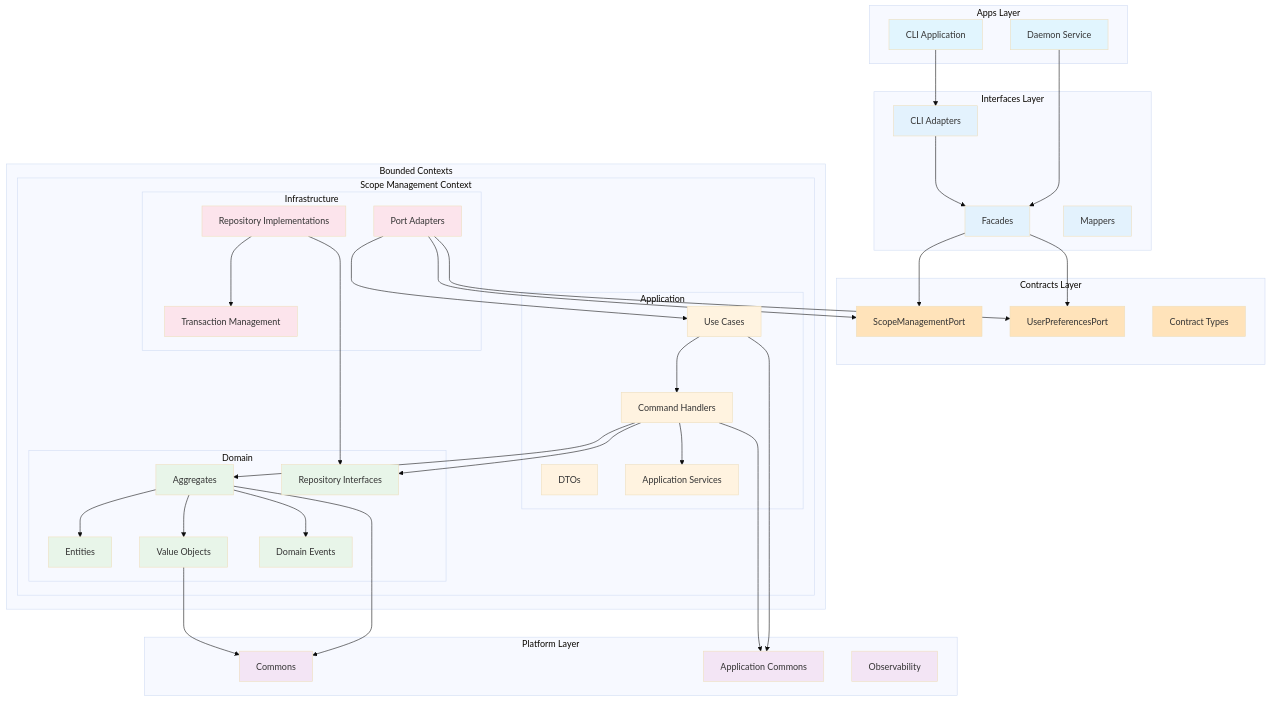
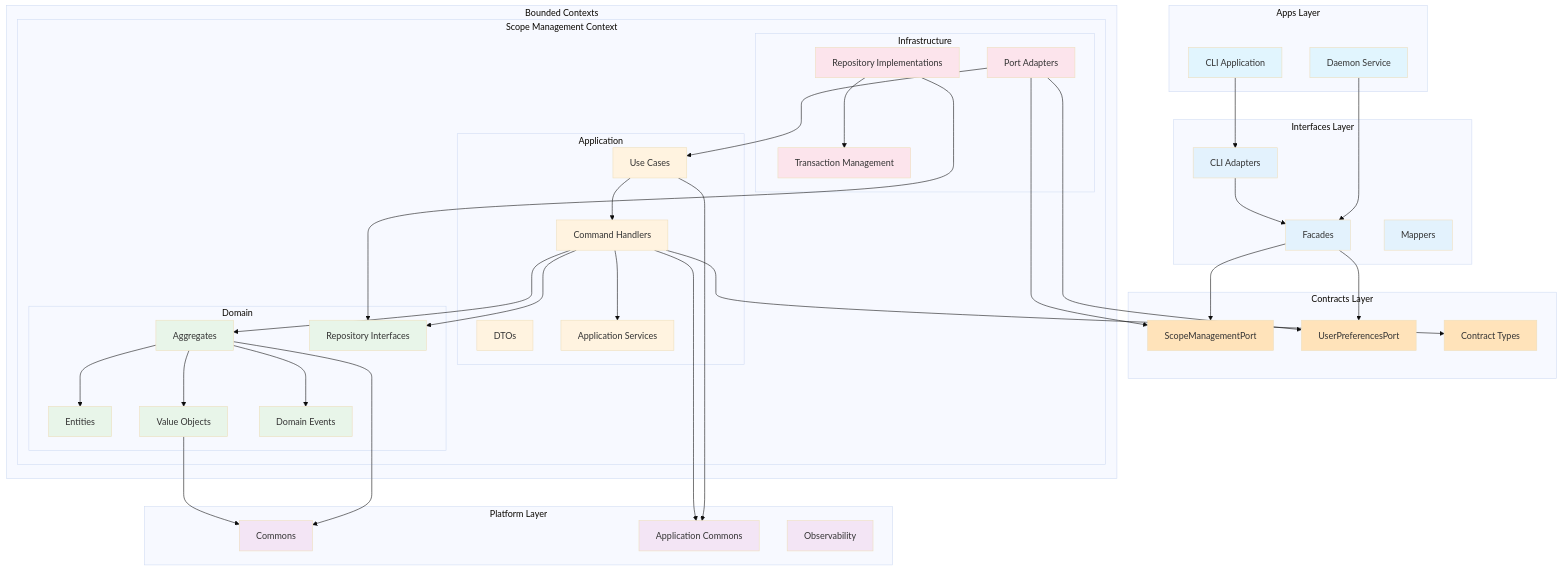
One commit to kamiazya/scopes changed the diagram in docs/explanation/clean-architecture.md. Above: the diagram before and after it, drawn with Mermaid (base theme). The commit also changed other lines of this file and 4 other files, not shown here.

First line of the commit message:
feat: clarify application-to-contracts import policy and add Konsist test (#273)

```diff
--- a/docs/explanation/clean-architecture.md
+++ b/docs/explanation/clean-architecture.md
@@ -66,7 +66,10 @@
     ADAPTERS --> SMP
     ADAPTERS --> UPP
     ADAPTERS --> UC
-    
+
+    %% Application boundary may use Contracts
+    CMD --> CONTRACTS
+
     UC --> CMD
     CMD --> AGG
     CMD --> REPO
```
